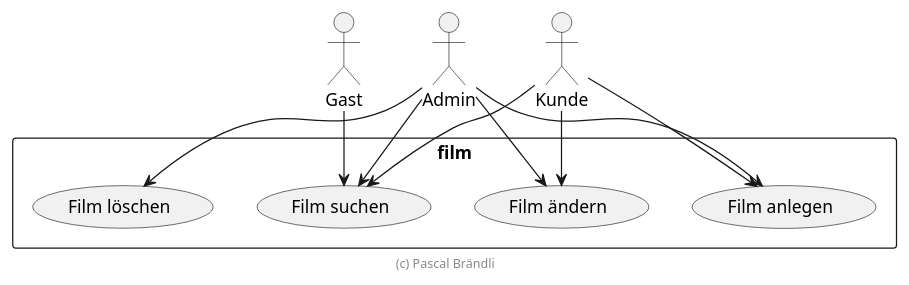
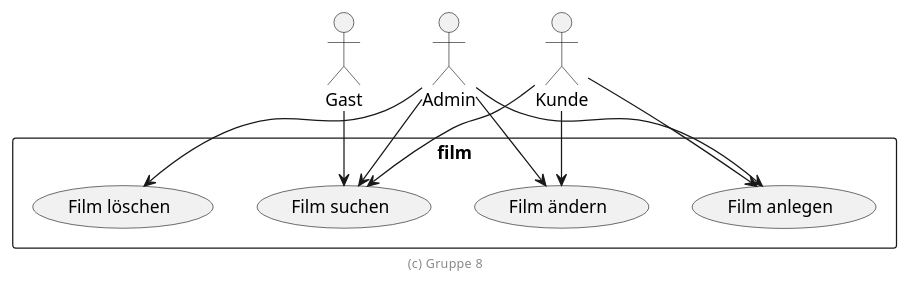
Before and after one commit to Braendli98/Film: the diagram in .extras/doc/projekthandbuch/use-cases.plantuml, drawn with PlantUML. The commit also changed 30 other files, not shown here.

Commit message:
Plantuml_fixes

```diff
--- a/.extras/doc/projekthandbuch/use-cases.plantuml
+++ b/.extras/doc/projekthandbuch/use-cases.plantuml
@@ -3,20 +3,20 @@
 @startuml Use Cases
 
 actor Gast
 actor Admin
 actor Kunde
 
 rectangle film {
     Gast --> (Film suchen)
     Admin --> (Film suchen)
     Admin --> (Film anlegen)
     Admin --> (Film ändern)
     Admin --> (Film löschen)
     Kunde --> (Film suchen)
     Kunde --> (Film anlegen)
     Kunde --> (Film ändern)
 }
 
-footer (c) Pascal Brändli
+footer (c)  Gruppe 8
 
 @enduml
```
